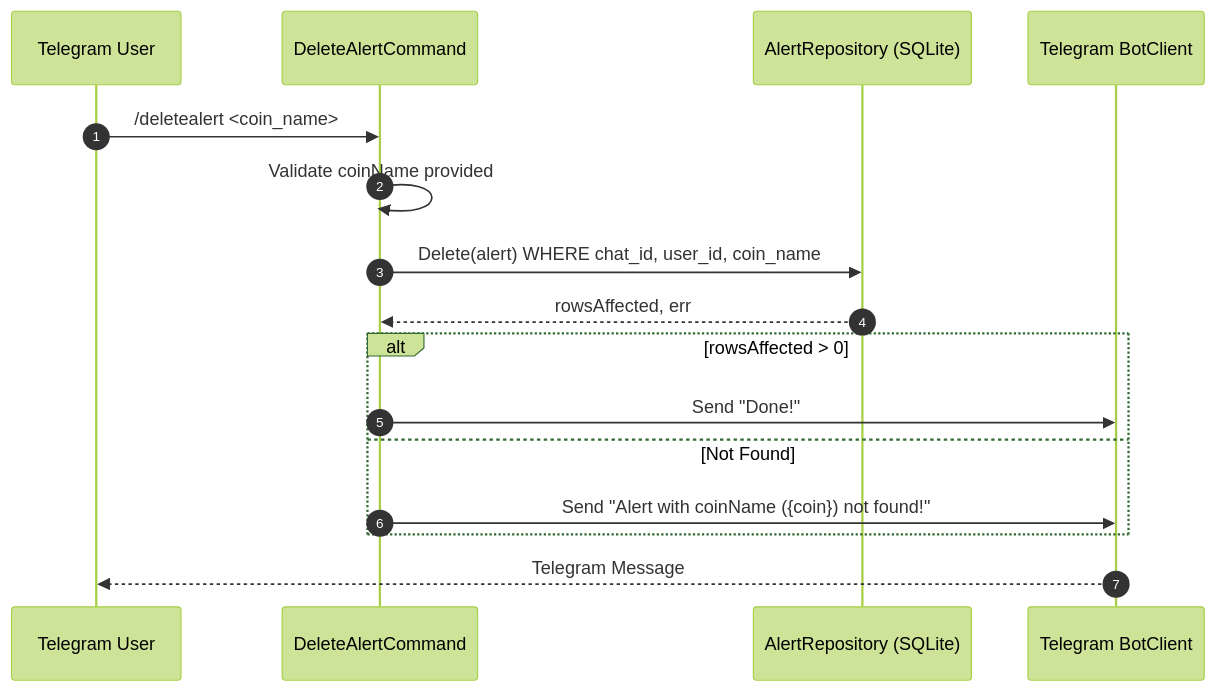
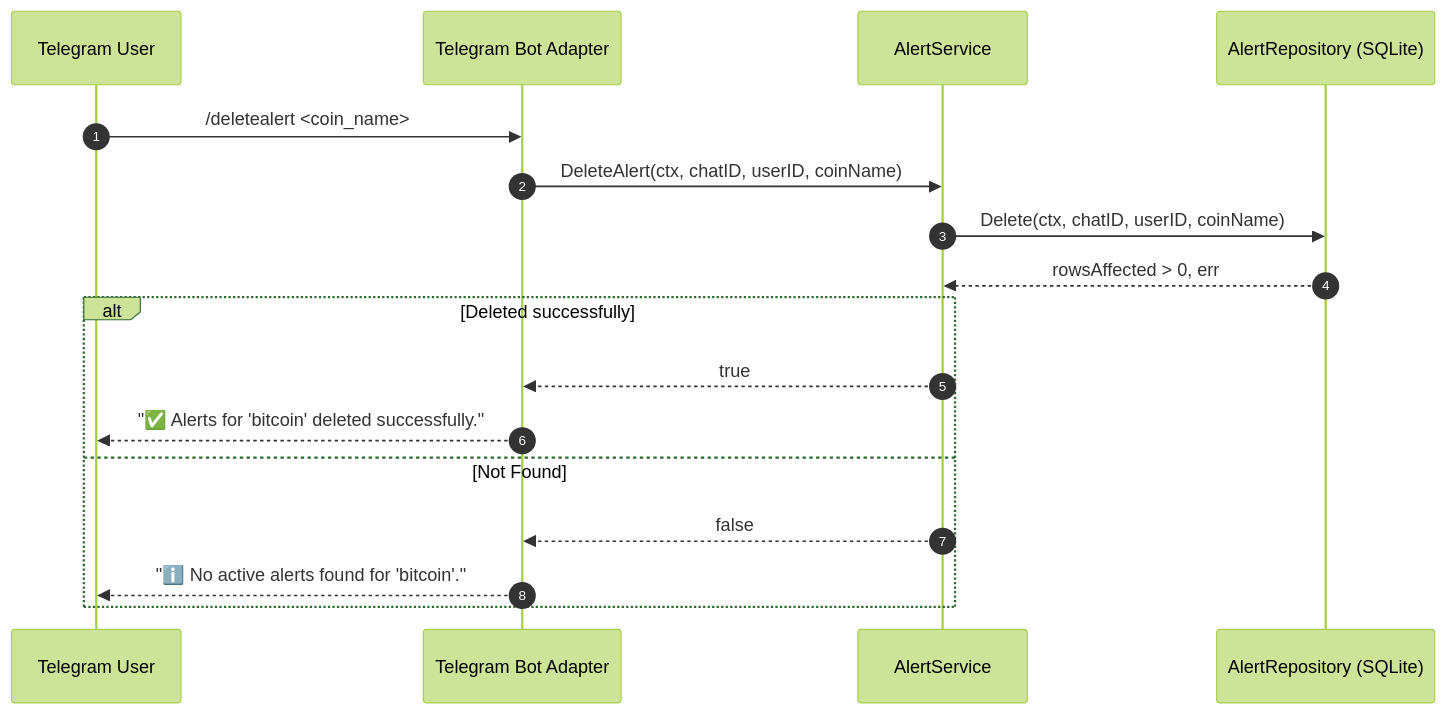
Before and after one commit to wyveriano/crypto-record-bot: the seventh of 8 diagrams in README.md, drawn with Mermaid (forest theme). The commit also changed other lines of this file and 23 other files, not shown here.

Commit message:
refactor: implement pure hexagonal architecture, graceful shutdown, context propagation, and structured logging

````diff
--- a/README.md
+++ b/README.md
@@ -339,19 +337,20 @@
 ```mermaid
 sequenceDiagram
     autonumber
     participant User as Telegram User
-    participant DAC as DeleteAlertCommand
+    participant Bot as Telegram Bot Adapter
+    participant AS as AlertService
     participant DB as AlertRepository (SQLite)
-    participant TG as Telegram BotClient
 
-    User->>DAC: /deletealert <coin_name>
-    DAC->>DAC: Validate coinName provided
-    DAC->>DB: Delete(alert) WHERE chat_id, user_id, coin_name
-    DB-->>DAC: rowsAffected, err
-    alt rowsAffected > 0
-        DAC->>TG: Send "Done!"
+    User->>Bot: /deletealert <coin_name>
+    Bot->>AS: DeleteAlert(ctx, chatID, userID, coinName)
+    AS->>DB: Delete(ctx, chatID, userID, coinName)
+    DB-->>AS: rowsAffected > 0, err
+    alt Deleted successfully
+        AS-->>Bot: true
+        Bot-->>User: "✅ Alerts for 'bitcoin' deleted successfully."
     else Not Found
-        DAC->>TG: Send "Alert with coinName ({coin}) not found!"
+        AS-->>Bot: false
+        Bot-->>User: "ℹ️ No active alerts found for 'bitcoin'."
     end
-    TG-->>User: Telegram Message
 ```
````
